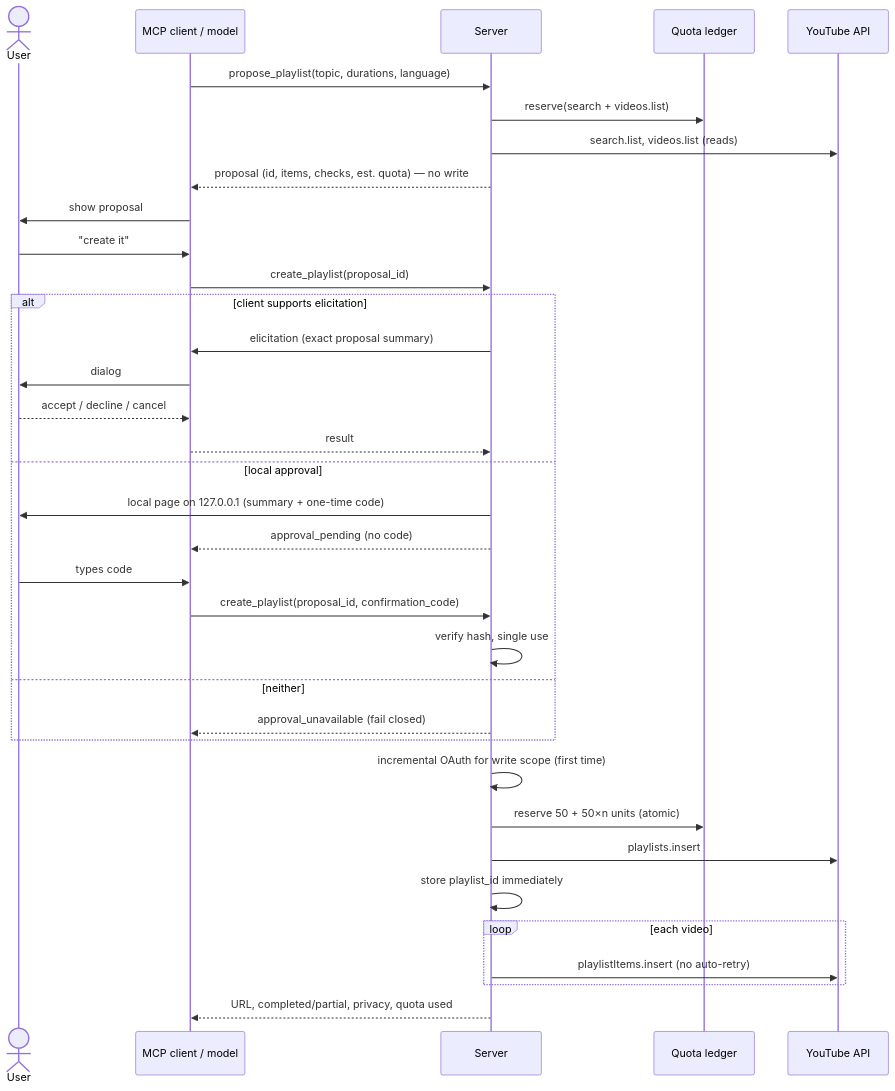
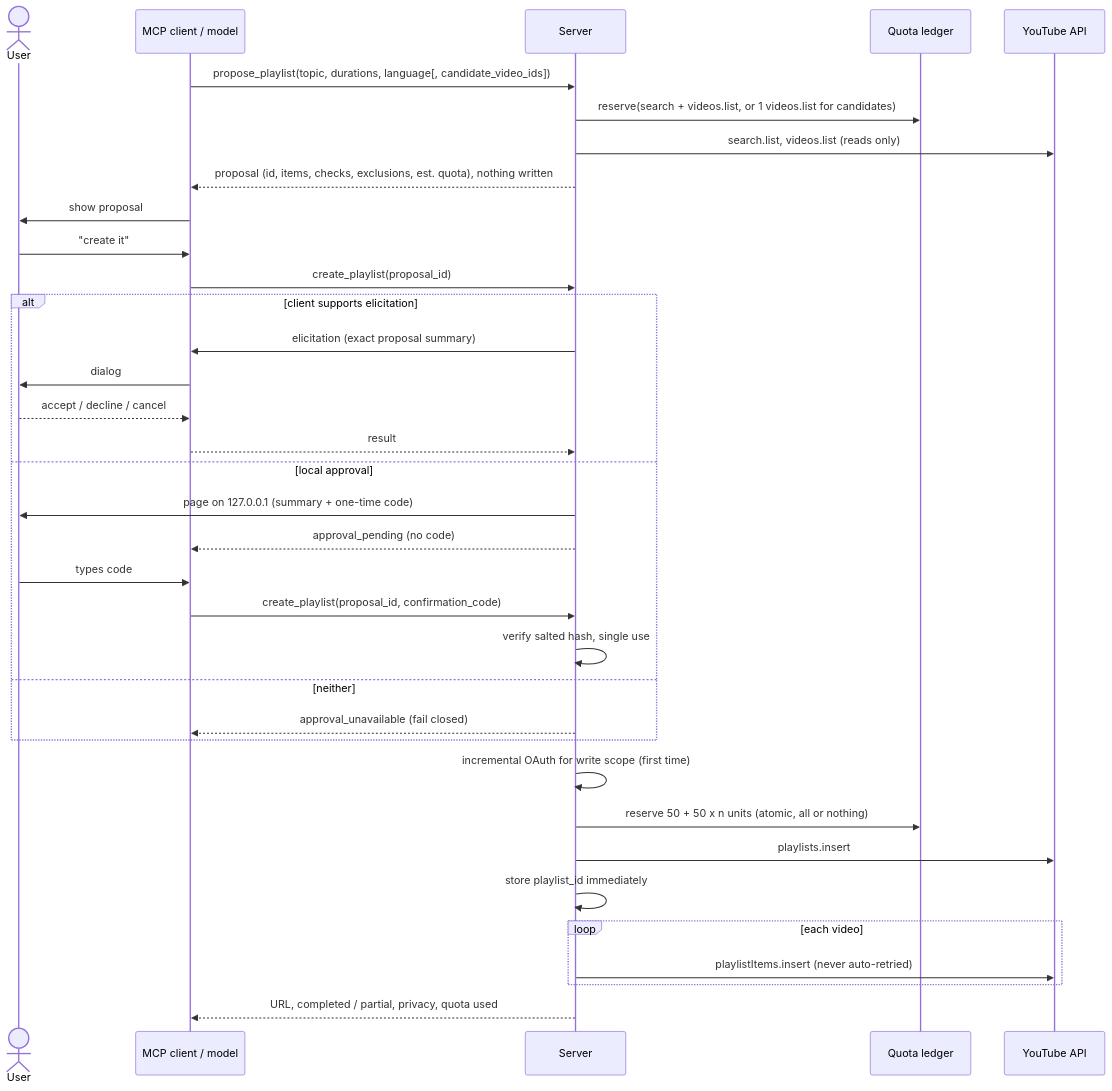
The sixth of 12 diagrams in docs/architecture.md (Awwab157/SE_PROJ), drawn with Mermaid before and after one commit. The commit also changed other lines of this file and 28 other files, not shown here.

````diff
--- a/docs/architecture.md
+++ b/docs/architecture.md
@@ -30,37 +210,37 @@
 ```mermaid
 sequenceDiagram
     actor U as User
     participant C as MCP client / model
     participant S as Server
     participant Q as Quota ledger
     participant Y as YouTube API
-    C->>S: propose_playlist(topic, durations, language)
-    S->>Q: reserve(search + videos.list)
-    S->>Y: search.list, videos.list (reads)
-    S-->>C: proposal (id, items, checks, est. quota) — no write
+    C->>S: propose_playlist(topic, durations, language[, candidate_video_ids])
+    S->>Q: reserve(search + videos.list, or 1 videos.list for candidates)
+    S->>Y: search.list, videos.list (reads only)
+    S-->>C: proposal (id, items, checks, exclusions, est. quota), nothing written
     C->>U: show proposal
     U->>C: "create it"
     C->>S: create_playlist(proposal_id)
     alt client supports elicitation
         S->>C: elicitation (exact proposal summary)
         C->>U: dialog
         U-->>C: accept / decline / cancel
         C-->>S: result
     else local approval
-        S->>U: local page on 127.0.0.1 (summary + one-time code)
+        S->>U: page on 127.0.0.1 (summary + one-time code)
         S-->>C: approval_pending (no code)
         U->>C: types code
         C->>S: create_playlist(proposal_id, confirmation_code)
-        S->>S: verify hash, single use
+        S->>S: verify salted hash, single use
     else neither
         S-->>C: approval_unavailable (fail closed)
     end
     S->>S: incremental OAuth for write scope (first time)
-    S->>Q: reserve 50 + 50×n units (atomic)
+    S->>Q: reserve 50 + 50 x n units (atomic, all or nothing)
     S->>Y: playlists.insert
     S->>S: store playlist_id immediately
     loop each video
-        S->>Y: playlistItems.insert (no auto-retry)
+        S->>Y: playlistItems.insert (never auto-retried)
     end
-    S-->>C: URL, completed/partial, privacy, quota used
+    S-->>C: URL, completed / partial, privacy, quota used
 ```
````
